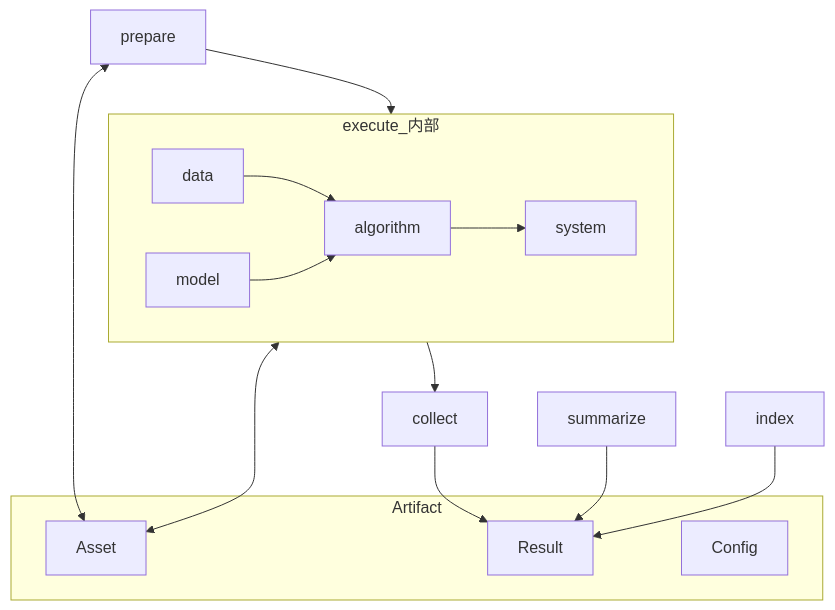
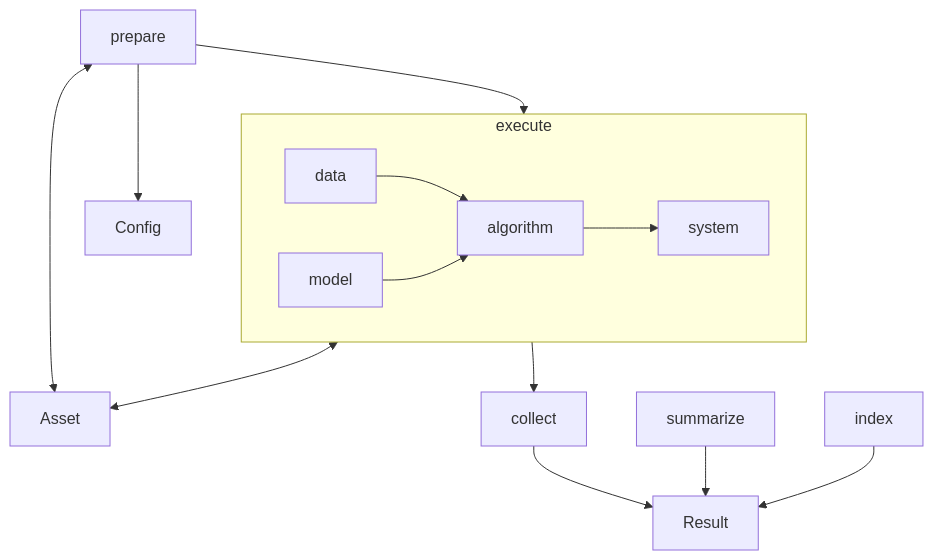
Before and after one commit to diaoenmao/RPipe: the third of 4 diagrams in docs/CONCEPT.md, drawn with Mermaid. The commit also changed other lines of this file and 5 other files, not shown here.

````diff
--- a/docs/CONCEPT.md
+++ b/docs/CONCEPT.md
@@ -293,20 +256,16 @@
 ```mermaid
 flowchart TB
+  prepare --> Config
   prepare <--> Asset
   collect --> Result
   summarize --> Result
   index --> Result
-  subgraph Artifact_sub [Artifact]
-    Config
-    Result
-    Asset
-  end
-  subgraph execute_detail [execute_内部]
+  subgraph execute_detail [execute]
     data --> algorithm
     model --> algorithm
     algorithm --> system
   end
   prepare --> execute_detail
   execute_detail <--> Asset
   execute_detail --> collect
 ```
````
